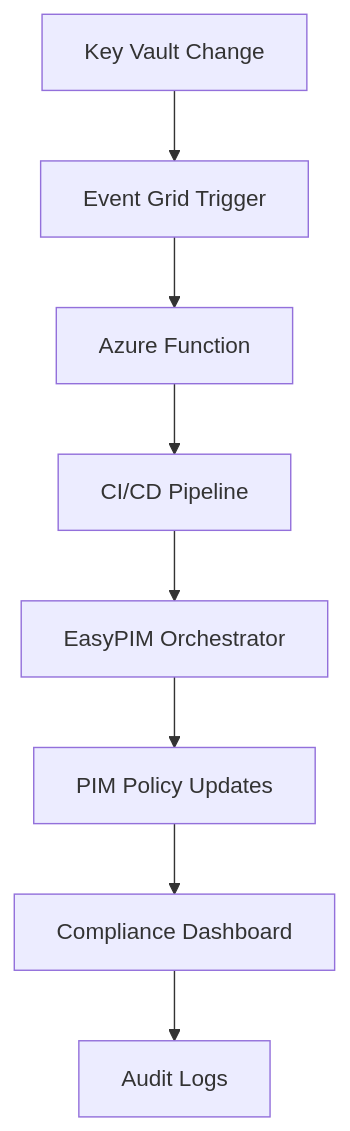
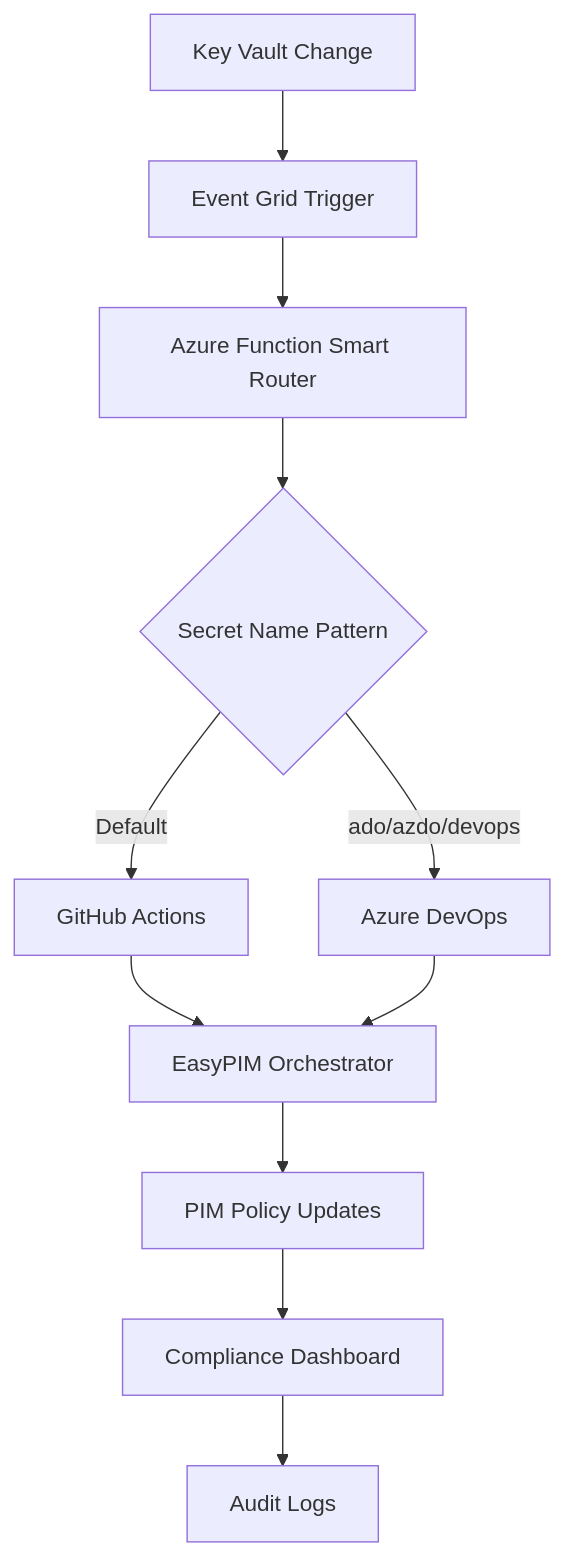
One commit to kayasax/EasyPIM-EventDriven-Governance changed the diagram in README.md. Above: the diagram before and after it, drawn with Mermaid. The commit also changed other lines of this file and 65 other files, not shown here.

````diff
--- a/README.md
+++ b/README.md
@@ -20,10 +20,13 @@
 ```mermaid
 graph TD
     A[Key Vault Change] --> B[Event Grid Trigger]
-    B --> C[Azure Function]
-    C --> D[CI/CD Pipeline]
-    D --> E[EasyPIM Orchestrator]
-    E --> F[PIM Policy Updates]
-    F --> G[Compliance Dashboard]
-    G --> H[Audit Logs]
+    B --> C[Azure Function Smart Router]
+    C --> D{Secret Name Pattern}
+    D -->|Default| E[GitHub Actions]
+    D -->|ado/azdo/devops| F[Azure DevOps]
+    E --> G[EasyPIM Orchestrator]
+    F --> G
+    G --> H[PIM Policy Updates]
+    H --> I[Compliance Dashboard]
+    I --> J[Audit Logs]
 ```
````
